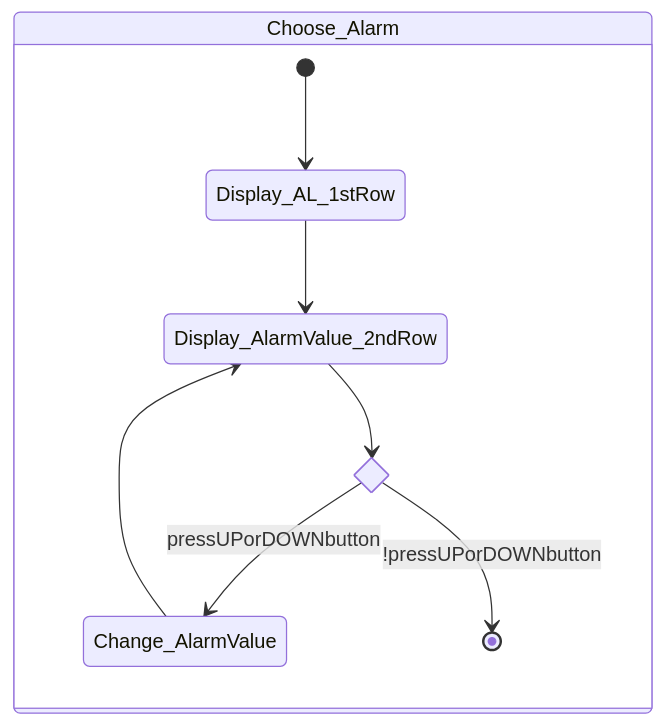
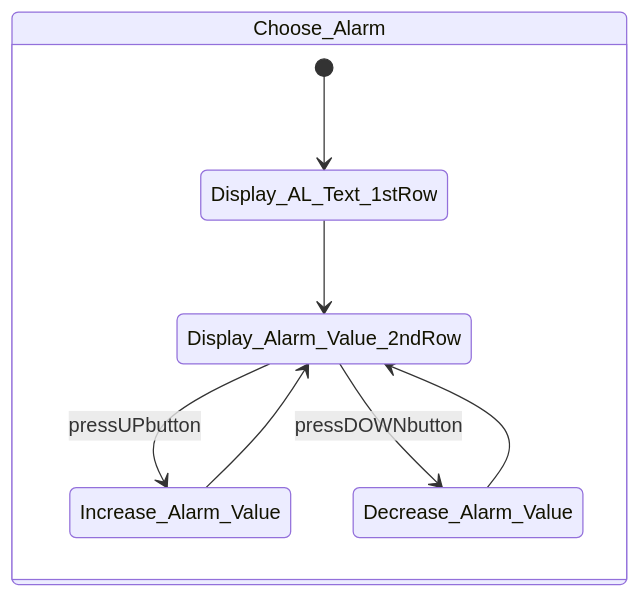
The seventh of 10 diagrams in README.md (sondhg/embedded-control-fsm), drawn with Mermaid before and after one commit. The commit also changed other lines of this file, not shown here.

Commit message:
refactor state diagram for improved clarity and flow in temperature controller interface

````diff
--- a/README.md
+++ b/README.md
@@ -158,14 +136,12 @@
 ```mermaid
 stateDiagram-v2
     direction TB
        state Choose_Alarm {
-            [*] --> Display_AL_1stRow
-            Display_AL_1stRow --> Display_AlarmValue_2ndRow
-
-                state if_state_change_alarm_value <<choice>>
-                Display_AlarmValue_2ndRow --> if_state_change_alarm_value
-                if_state_change_alarm_value --> Change_AlarmValue: pressUPorDOWNbutton
-                Change_AlarmValue --> Display_AlarmValue_2ndRow
-                if_state_change_alarm_value --> [*]: !pressUPorDOWNbutton
+            [*] --> Display_AL_Text_1stRow
+            Display_AL_Text_1stRow --> Display_Alarm_Value_2ndRow
+            Display_Alarm_Value_2ndRow --> Increase_Alarm_Value: pressUPbutton
+            Increase_Alarm_Value --> Display_Alarm_Value_2ndRow
+            Display_Alarm_Value_2ndRow --> Decrease_Alarm_Value: pressDOWNbutton
+            Decrease_Alarm_Value --> Display_Alarm_Value_2ndRow
             }
 ```
````
